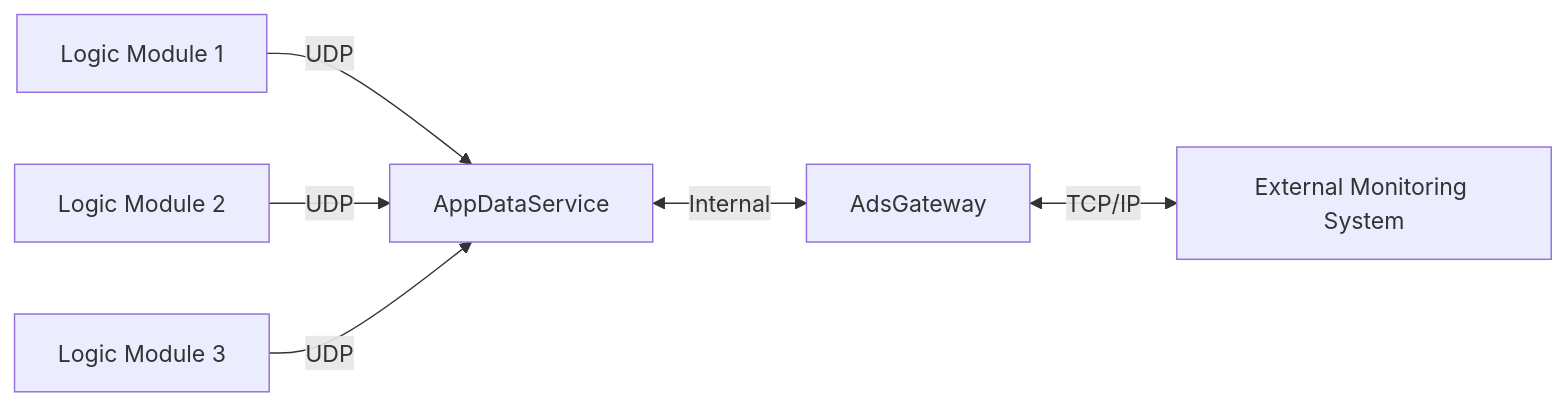
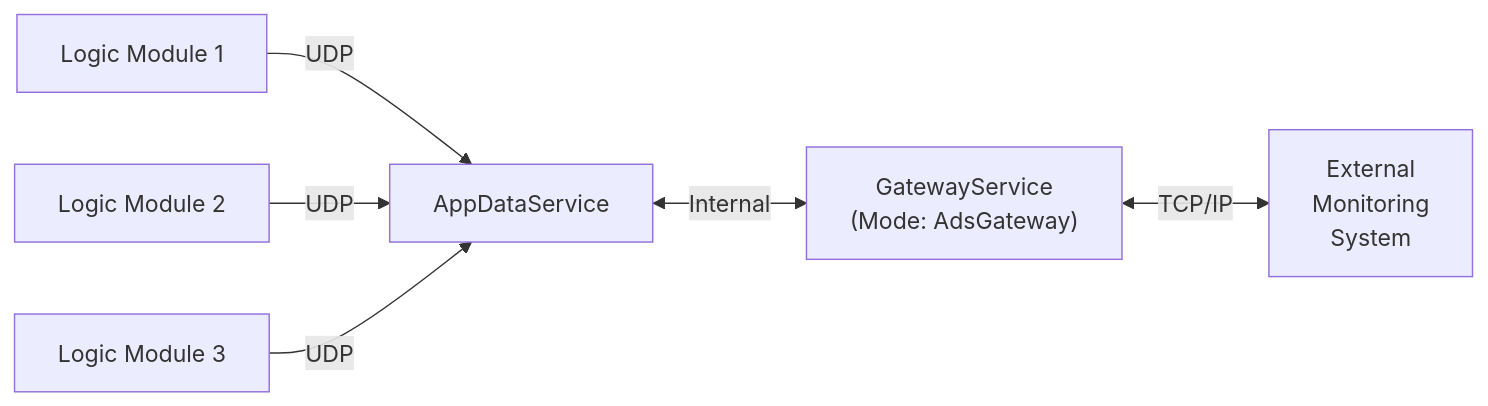
Before and after one commit to whiteman-kr/u7set: the first of 2 diagrams in doc/AdsGatewayProtocolSpec.md, drawn with Mermaid. The commit also changed other lines of this file and 1 other file, not shown here.

Commit message:
RPCT-4105, Doc: Gateway, normalized terminology, updated flowcharts & docs.

````diff
--- a/doc/AdsGatewayProtocolSpec.md
+++ b/doc/AdsGatewayProtocolSpec.md
@@ -23,15 +23,15 @@
 ```mermaid
 flowchart LR
     LM1[Logic Module 1]
     LM2[Logic Module 2]
     LM3[Logic Module 3]
     ADS[AppDataService]
-    GW[AdsGateway]
-    EMS[External Monitoring System]
+    GW["GatewayService<br/>(Mode: AdsGateway)"]
+    EMS["External<br/>Monitoring<br/>System"]
     
     LM1 -->|UDP| ADS
     LM2 -->|UDP| ADS
     LM3 -->|UDP| ADS
     ADS <-->|Internal| GW
     GW <-->|TCP/IP| EMS
 ```
````
